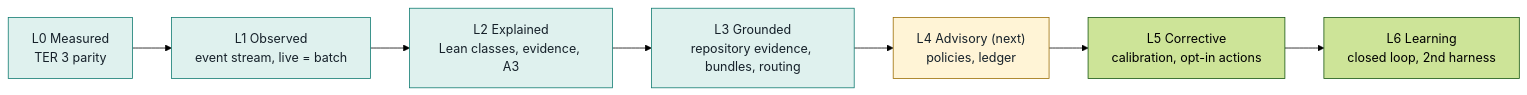
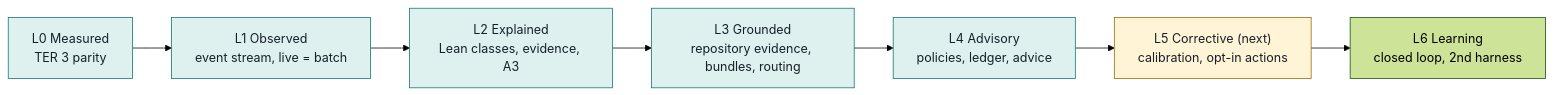
Before and after one commit to cplegendre/TER: the fourth of 4 diagrams in docs/ter4/architecture.md, drawn with Mermaid (forest theme). The commit also changed other lines of this file and 8 other files, not shown here.

````diff
--- a/docs/ter4/architecture.md
+++ b/docs/ter4/architecture.md
@@ -220,11 +222,11 @@
 ```mermaid
 flowchart LR
     L0["L0 Measured<br/>TER 3 parity"]:::done --> L1["L1 Observed<br/>event stream, live = batch"]:::done
     L1 --> L2["L2 Explained<br/>Lean classes, evidence, A3"]:::done
     L2 --> L3["L3 Grounded<br/>repository evidence, bundles, routing"]:::done
-    L3 --> L4["L4 Advisory (next)<br/>policies, ledger"]:::now
-    L4 --> L5["L5 Corrective<br/>calibration, opt-in actions"]
+    L3 --> L4["L4 Advisory<br/>policies, ledger, advice"]:::done
+    L4 --> L5["L5 Corrective (next)<br/>calibration, opt-in actions"]:::now
     L5 --> L6["L6 Learning<br/>closed loop, 2nd harness"]
     classDef done fill:#dff1ee,stroke:#0d7a6f,color:#16212a
     classDef now fill:#fff4d6,stroke:#9a6b00,color:#16212a
 ```
````
